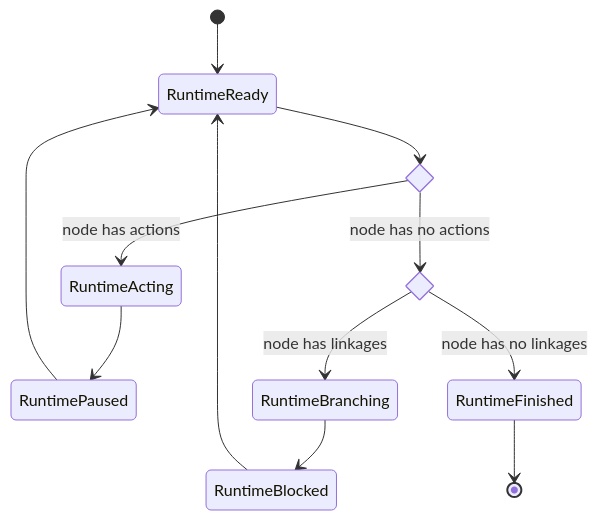
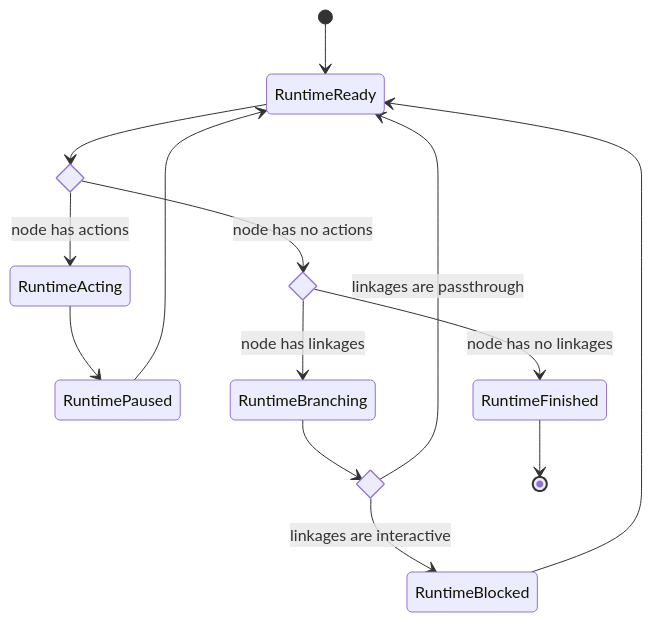
One commit to flairborne/fabulist-java changed the diagram in runtime/README.md. Above: the diagram before and after it, drawn with Mermaid.

Commit message:
docs(runtime): update state diagram

````diff
--- a/runtime/README.md
+++ b/runtime/README.md
@@ -1,22 +1,25 @@
 ```mermaid
 stateDiagram-v2
     state "RuntimeReady" as ready
     state "RuntimeActing" as acting
     state "RuntimePaused" as paused
     state "RuntimeBlocked" as blocked
     state "RuntimeBranching" as branching
     state "RuntimeFinished" as finished
     [*] --> ready
     state has_actions <<choice>>
     ready --> has_actions
     has_actions --> acting: node has actions
     acting --> paused
     paused --> ready
     state has_linkages <<choice>>
     has_actions --> has_linkages: node has no actions
     has_linkages --> branching: node has linkages
     has_linkages --> finished: node has no linkages
-    branching --> blocked
+    state has_interactive_linkages <<choice>>
+    branching --> has_interactive_linkages
+    has_interactive_linkages --> blocked: linkages are interactive
+    has_interactive_linkages --> ready: linkages are passthrough
     blocked --> ready
     finished --> [*]
 ```
````
